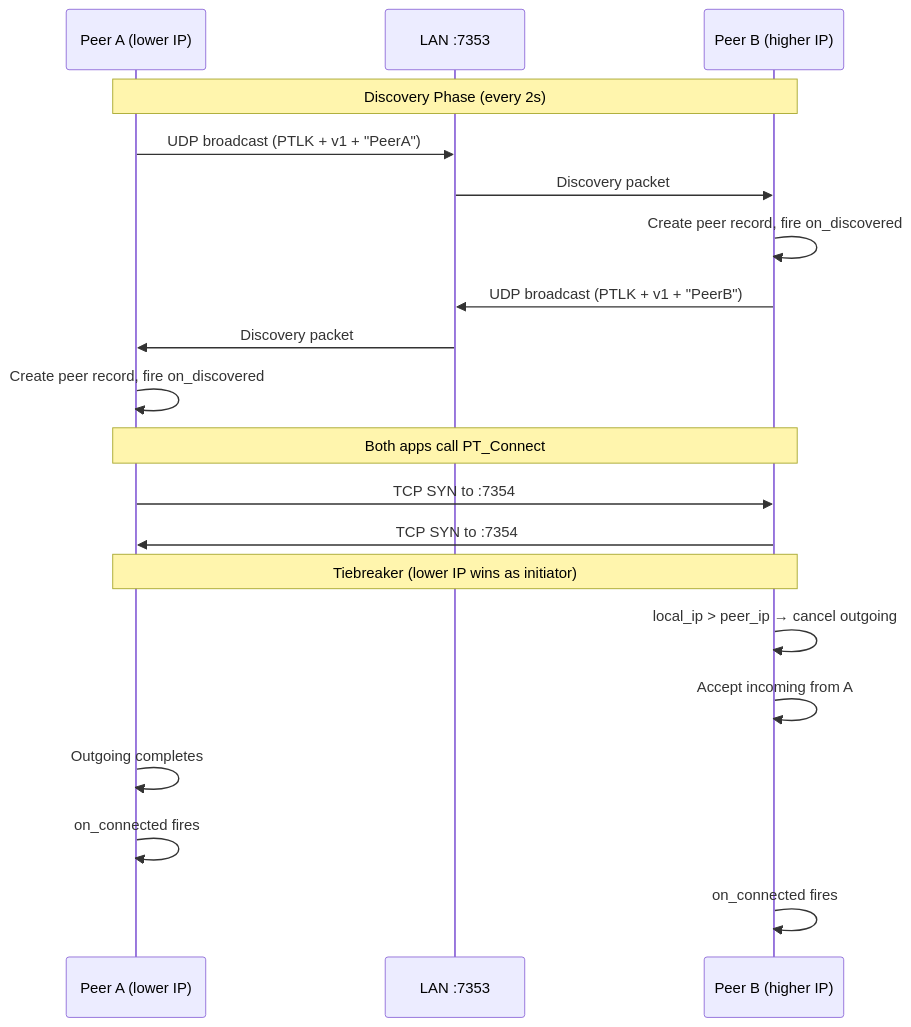
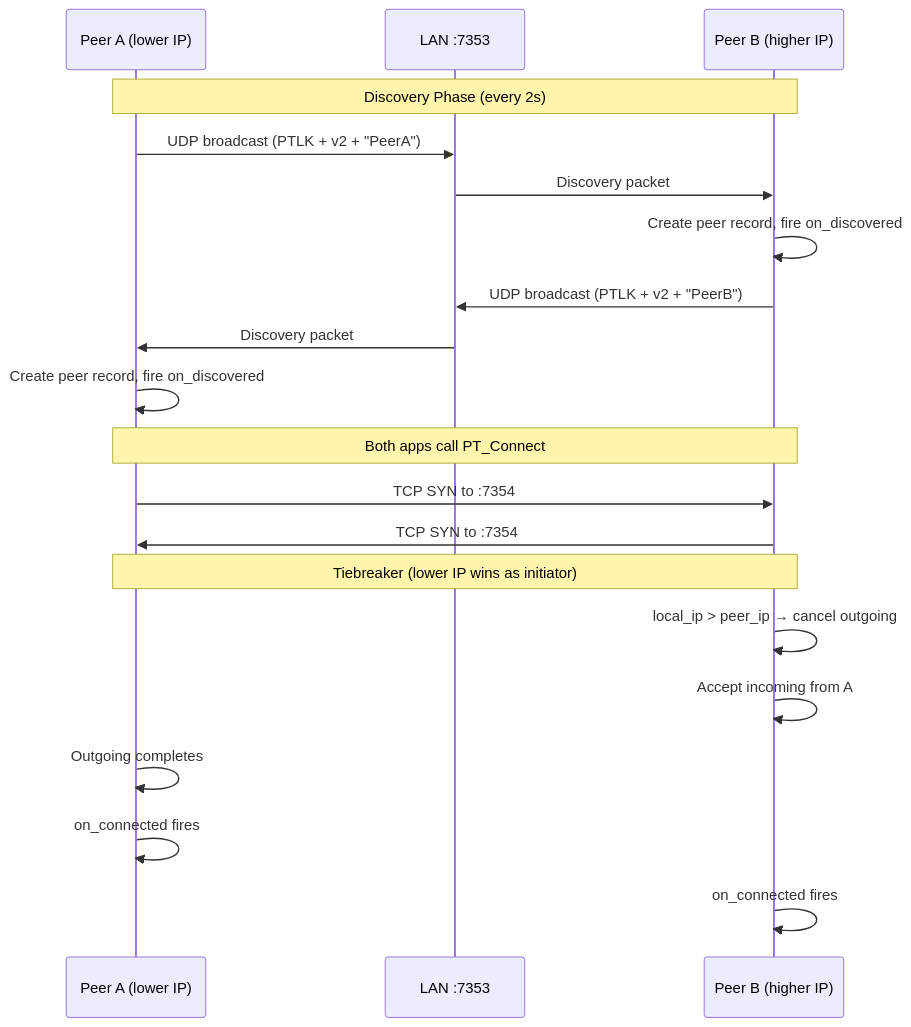
The eighth of 12 diagrams in ARCHITECTURE.md (matthewdeaves/peertalk), drawn with Mermaid before and after one commit. The commit also changed other lines of this file and 4 other files, not shown here.

````diff
--- a/ARCHITECTURE.md
+++ b/ARCHITECTURE.md
@@ -188,26 +188,26 @@
 ```mermaid
 sequenceDiagram
     participant A as Peer A (lower IP)
     participant LAN as LAN :7353
     participant B as Peer B (higher IP)
 
     Note over A,B: Discovery Phase (every 2s)
-    A->>LAN: UDP broadcast (PTLK + v1 + "PeerA")
+    A->>LAN: UDP broadcast (PTLK + v2 + "PeerA")
     LAN->>B: Discovery packet
     B->>B: Create peer record, fire on_discovered
-    B->>LAN: UDP broadcast (PTLK + v1 + "PeerB")
+    B->>LAN: UDP broadcast (PTLK + v2 + "PeerB")
     LAN->>A: Discovery packet
     A->>A: Create peer record, fire on_discovered
 
     Note over A,B: Both apps call PT_Connect
     A->>B: TCP SYN to :7354
     B->>A: TCP SYN to :7354
 
     Note over A,B: Tiebreaker (lower IP wins as initiator)
     B->>B: local_ip > peer_ip → cancel outgoing
     B->>B: Accept incoming from A
     A->>A: Outgoing completes
 
     A->>A: on_connected fires
     B->>B: on_connected fires
 ```
````
